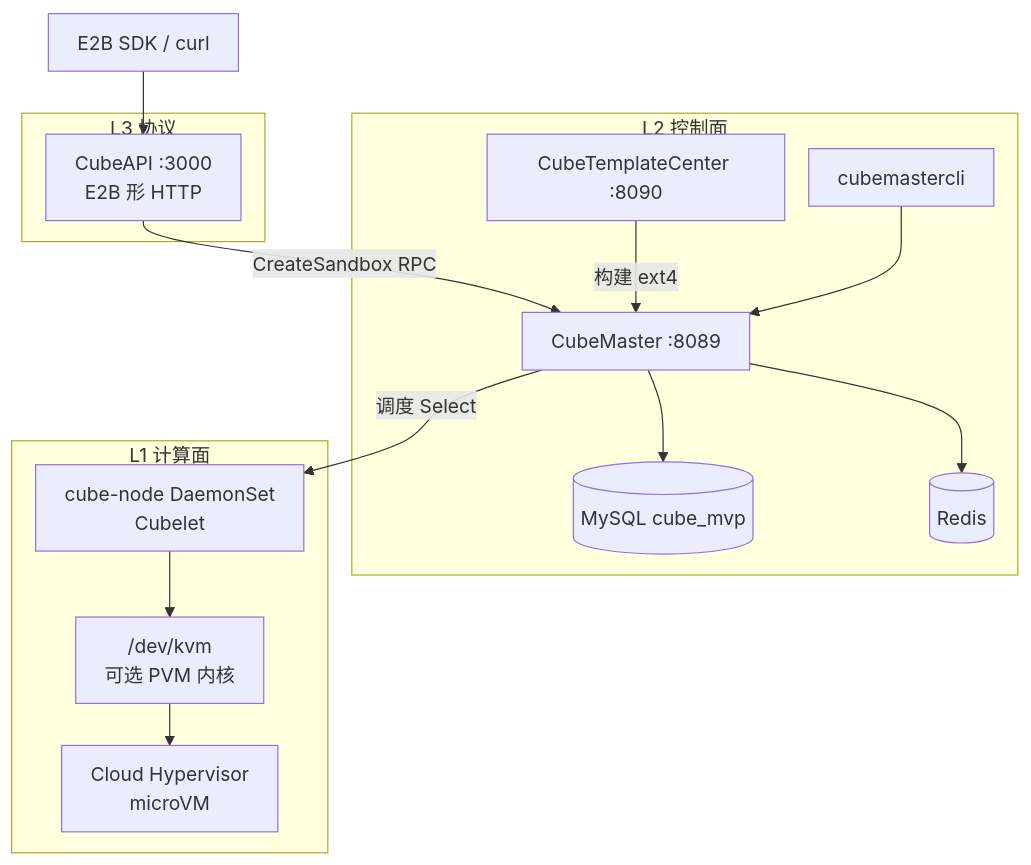
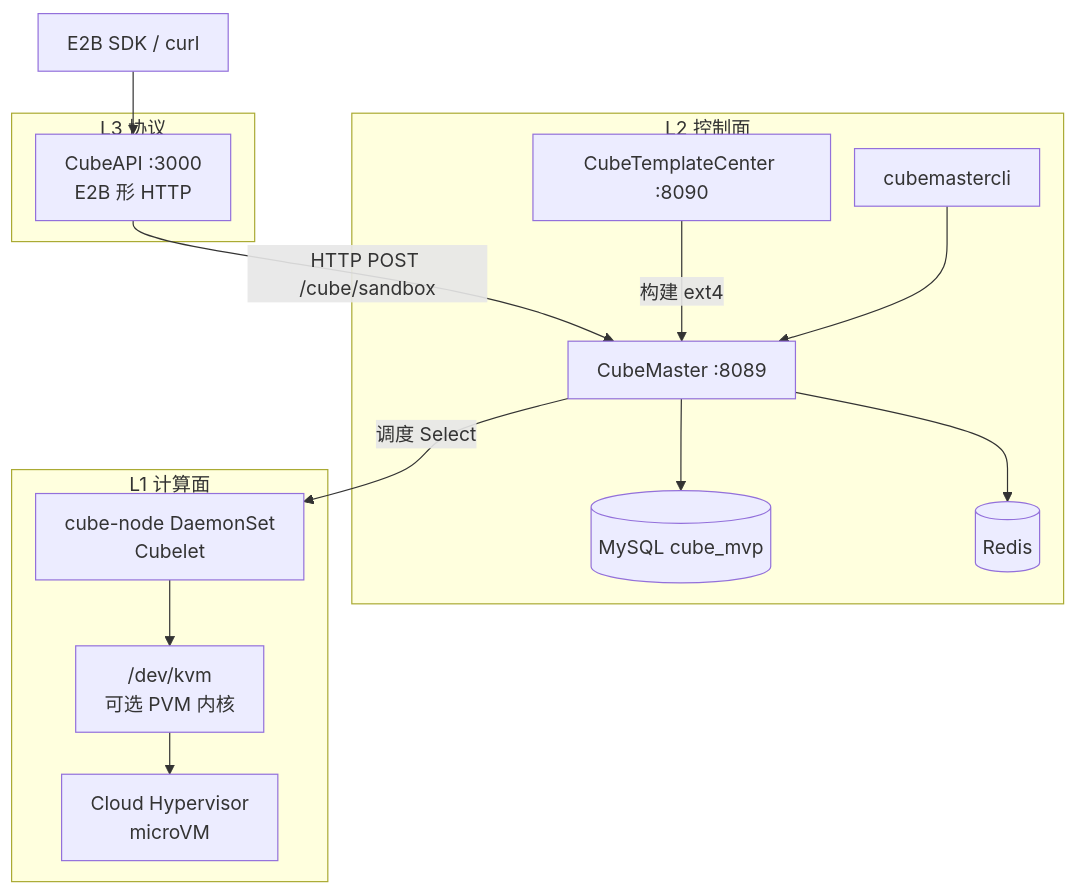
The first of 4 diagrams in docs/cubesandbox-controlplane.md (forrestIsRunning/kind-k8s-learning), drawn with Mermaid before and after one commit. The commit also changed other lines of this file and 2 other files, not shown here.

First line of the commit message:
Add CubeSandbox create-request processing flow.

````diff
--- a/docs/cubesandbox-controlplane.md
+++ b/docs/cubesandbox-controlplane.md
@@ -30,39 +32,39 @@
 ```mermaid
 ---
 config:
   flowchart:
     htmlLabels: true
     wrappingWidth: 200
     padding: 12
     useMaxWidth: false
     rankSpacing: 35
     nodeSpacing: 20
 ---
 flowchart TB
   subgraph L3["L3 协议"]
     API["CubeAPI :3000<br/>E2B 形 HTTP"]
   end
 
   subgraph L2["L2 控制面"]
     M["CubeMaster :8089"]
     TC["CubeTemplateCenter :8090"]
     DB[(MySQL cube_mvp)]
     RD[(Redis)]
     CLI["cubemastercli"]
   end
 
   subgraph L1["L1 计算面"]
     N["cube-node DaemonSet<br/>Cubelet"]
     KVM["/dev/kvm<br/>可选 PVM 内核"]
     VM["Cloud Hypervisor<br/>microVM"]
   end
 
   USER["E2B SDK / curl"] --> API
-  API -->|"CreateSandbox RPC"| M
+  API -->|"HTTP POST /cube/sandbox"| M
   M --> DB
   M --> RD
   M -->|"调度 Select"| N
   TC -->|"构建 ext4"| M
   CLI --> M
   N --> KVM --> VM
 ```
````
